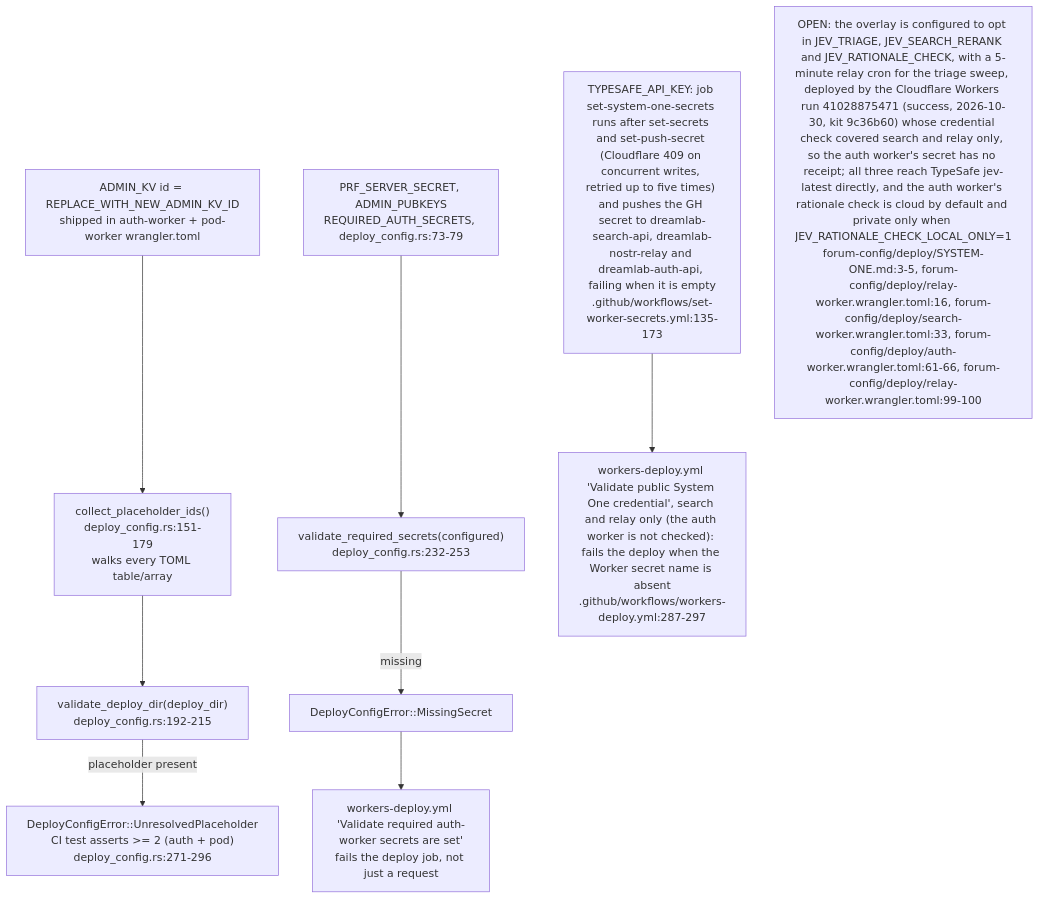
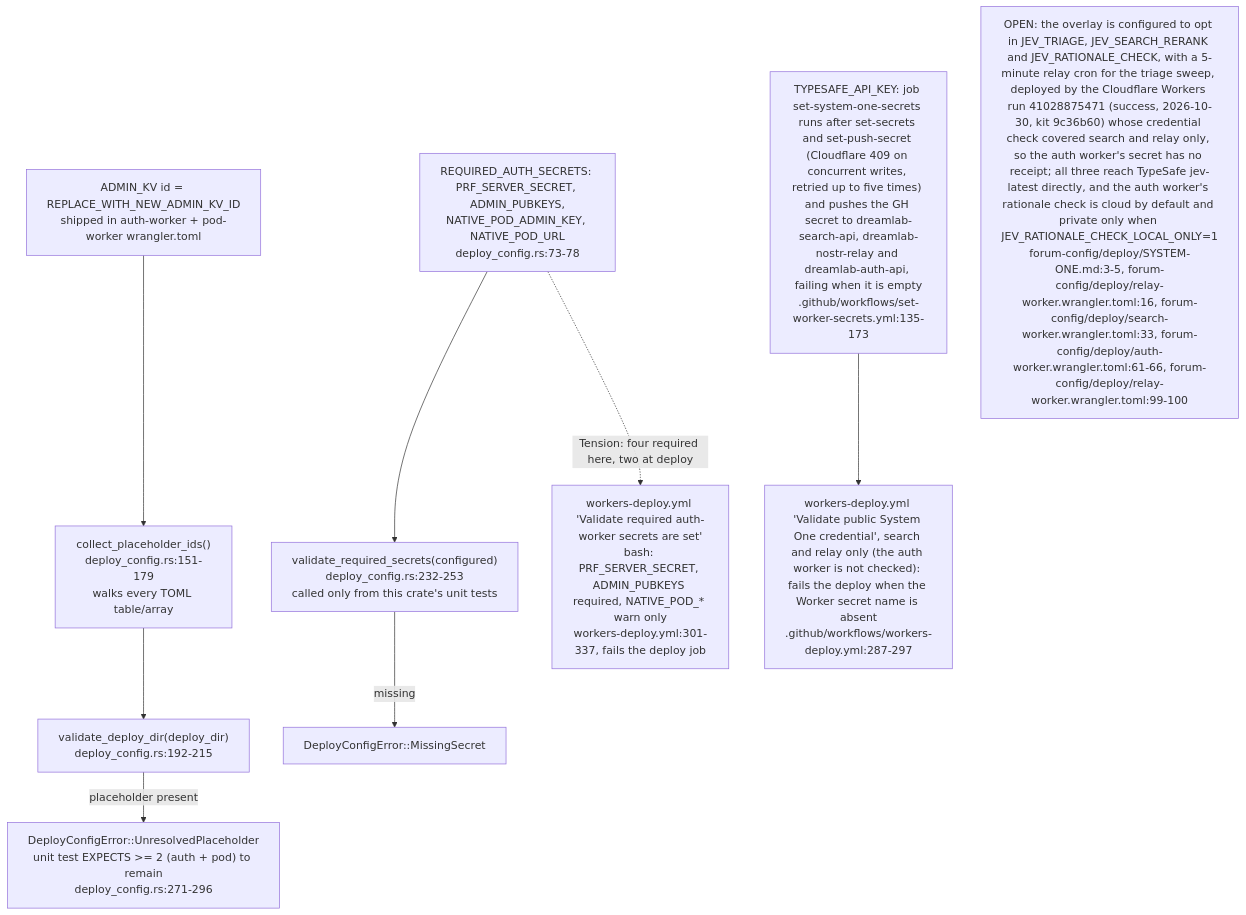
Before and after one commit to DreamLab-AI/VisionFlow: the seventh of 10 diagrams in docs/diagrams/dreamlab-ai-website/03-forum-config-overlay-zones-admin-kv-sync.md, drawn with Mermaid. The commit also changed other lines of this file and 91 other files, not shown here.

````diff
--- a/docs/diagrams/dreamlab-ai-website/03-forum-config-overlay-zones-admin-kv-sync.md
+++ b/docs/diagrams/dreamlab-ai-website/03-forum-config-overlay-zones-admin-kv-sync.md
@@ -162,11 +165,12 @@
 ```mermaid
 flowchart TB
     KVID["ADMIN_KV id = REPLACE_WITH_NEW_ADMIN_KV_ID<br/>shipped in auth-worker + pod-worker wrangler.toml"] --> SCAN["collect_placeholder_ids()<br/>deploy_config.rs:151-179<br/>walks every TOML table/array"]
     SCAN --> DETECT["validate_deploy_dir(deploy_dir)<br/>deploy_config.rs:192-215"]
-    DETECT -->|placeholder present| FAIL1["DeployConfigError::UnresolvedPlaceholder<br/>CI test asserts >= 2 (auth + pod)<br/>deploy_config.rs:271-296"]
-    SECRETS["PRF_SERVER_SECRET, ADMIN_PUBKEYS<br/>REQUIRED_AUTH_SECRETS, deploy_config.rs:73-79"] --> CHECK["validate_required_secrets(configured)<br/>deploy_config.rs:232-253"]
+    DETECT -->|placeholder present| FAIL1["DeployConfigError::UnresolvedPlaceholder<br/>unit test EXPECTS >= 2 (auth + pod) to remain<br/>deploy_config.rs:271-296"]
+    SECRETS["REQUIRED_AUTH_SECRETS: PRF_SERVER_SECRET, ADMIN_PUBKEYS,<br/>NATIVE_POD_ADMIN_KEY, NATIVE_POD_URL<br/>deploy_config.rs:73-78"] --> CHECK["validate_required_secrets(configured)<br/>deploy_config.rs:232-253<br/>called only from this crate's unit tests"]
     CHECK -->|missing| FAIL2["DeployConfigError::MissingSecret"]
-    FAIL2 --> DEPLOYSTEP["workers-deploy.yml 'Validate required auth-worker secrets are set'<br/>fails the deploy job, not just a request"]
+    DEPLOYSTEP["workers-deploy.yml 'Validate required auth-worker secrets are set'<br/>bash: PRF_SERVER_SECRET, ADMIN_PUBKEYS required, NATIVE_POD_* warn only<br/>workers-deploy.yml:301-337, fails the deploy job"]
+    SECRETS -.->|"Tension: four required here, two at deploy"| DEPLOYSTEP
     SUBQ["TYPESAFE_API_KEY: job set-system-one-secrets runs after set-secrets and set-push-secret (Cloudflare 409 on concurrent writes, retried up to five times) and pushes the GH secret to dreamlab-search-api, dreamlab-nostr-relay and dreamlab-auth-api, failing when it is empty<br/>.github/workflows/set-worker-secrets.yml:135-173"] --> SUBQCHK["workers-deploy.yml 'Validate public System One credential', search and relay only (the auth worker is not checked): fails the deploy when the Worker secret name is absent<br/>.github/workflows/workers-deploy.yml:287-297"]
     OPTIN["OPEN: the overlay is configured to opt in JEV_TRIAGE, JEV_SEARCH_RERANK and JEV_RATIONALE_CHECK, with a 5-minute relay cron for the triage sweep, deployed by the Cloudflare Workers run 41028875471 (success, 2026-10-30, kit 9c36b60) whose credential check covered search and relay only, so the auth worker's secret has no receipt; all three reach TypeSafe jev-latest directly, and the auth worker's rationale check is cloud by default and private only when JEV_RATIONALE_CHECK_LOCAL_ONLY=1<br/>forum-config/deploy/SYSTEM-ONE.md:3-5, forum-config/deploy/relay-worker.wrangler.toml:16, forum-config/deploy/search-worker.wrangler.toml:33, forum-config/deploy/auth-worker.wrangler.toml:61-66, forum-config/deploy/relay-worker.wrangler.toml:99-100"]
 ```
````
